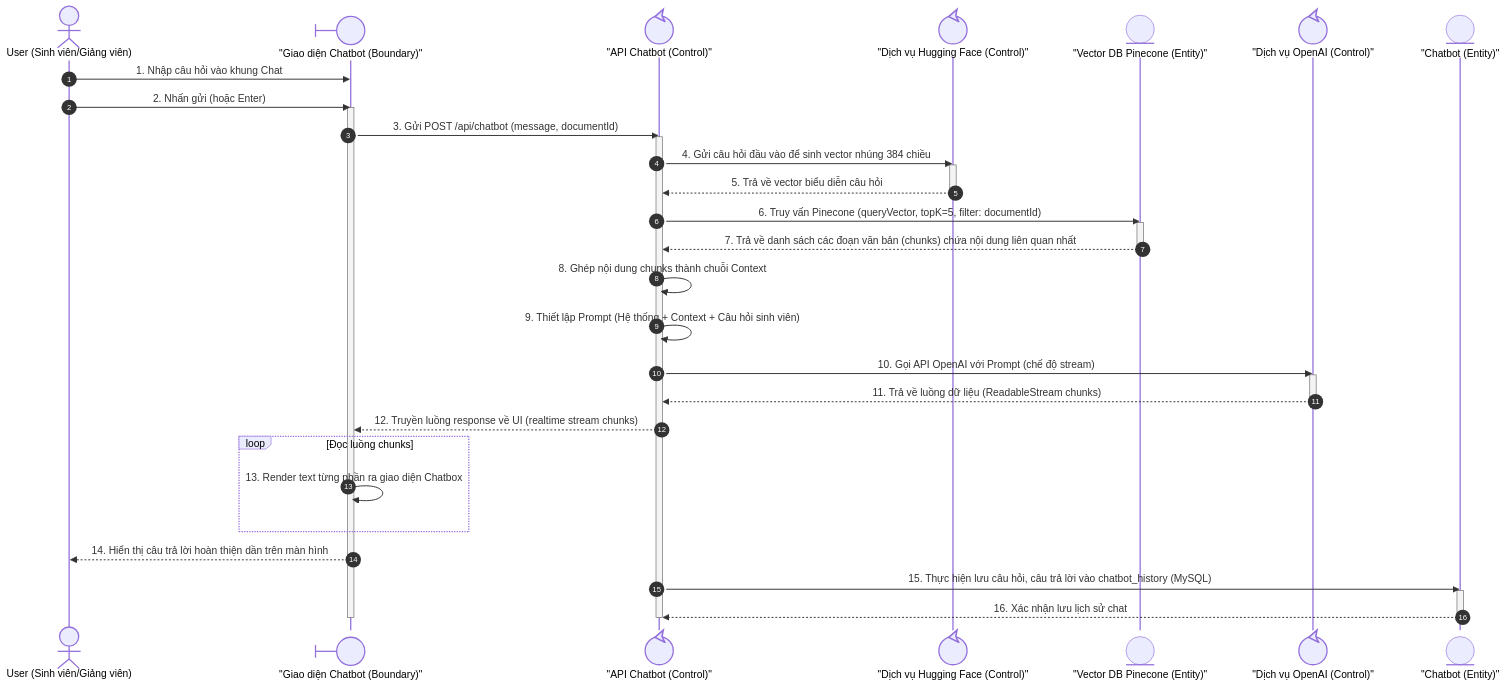
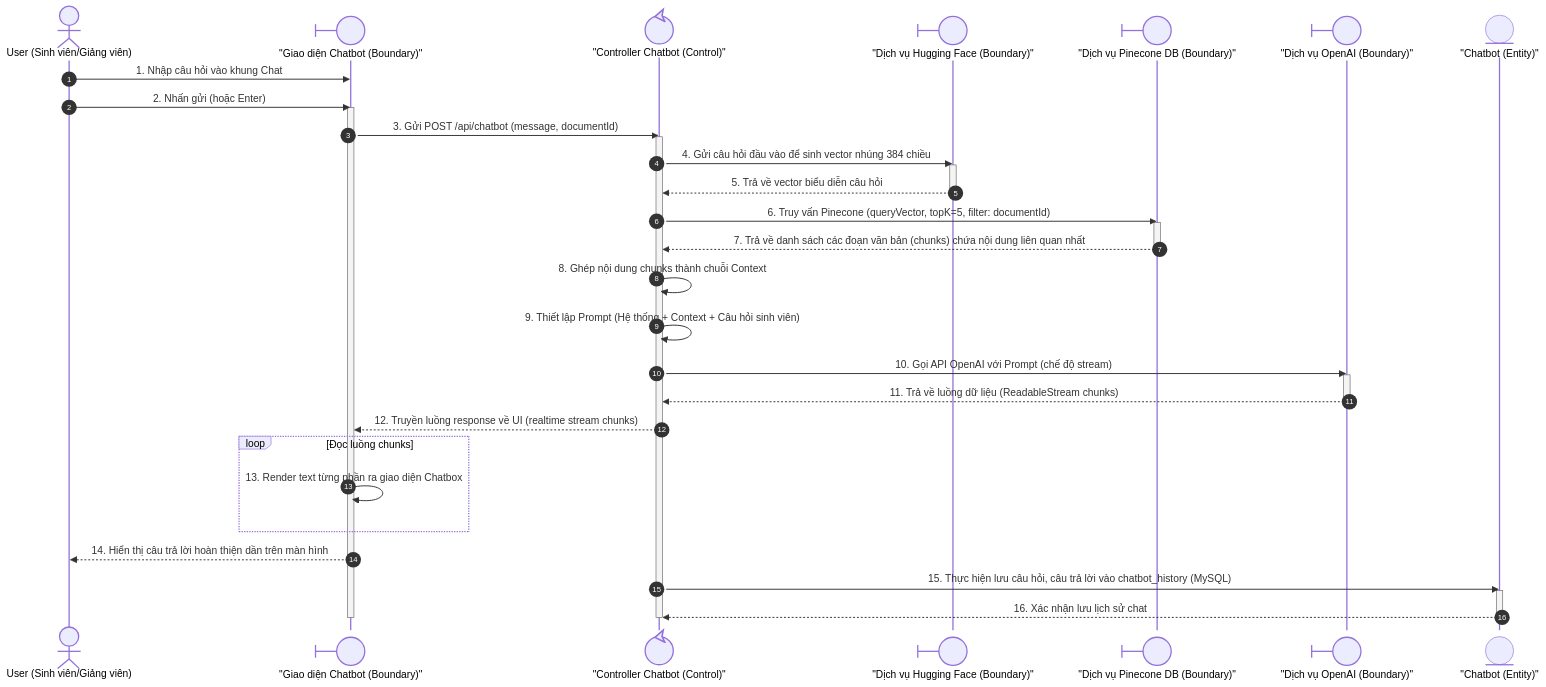
Before and after one commit to vietcuong2004/DATN_TLUDOC: the fourth of 13 diagrams in Cuong_Documents/BaoVeDoAn/Diagram/SequenceDiagrams.md, drawn with Mermaid. The commit also changed other lines of this file and 11 other files, not shown here.

````diff
--- a/Cuong_Documents/BaoVeDoAn/Diagram/SequenceDiagrams.md
+++ b/Cuong_Documents/BaoVeDoAn/Diagram/SequenceDiagrams.md
@@ -143,43 +143,43 @@
 ```mermaid
 sequenceDiagram
     autonumber
     actor User as User (Sinh viên/Giảng viên)
     participant UI@{ "type": "boundary" } as "Giao diện Chatbot (Boundary)"
-    participant Control@{ "type": "control" } as "API Chatbot (Control)"
-    participant HF@{ "type": "control" } as "Dịch vụ Hugging Face (Control)"
-    participant PC@{ "type": "entity" } as "Vector DB Pinecone (Entity)"
-    participant AI@{ "type": "control" } as "Dịch vụ OpenAI (Control)"
+    participant Control@{ "type": "control" } as "Controller Chatbot (Control)"
+    participant HF@{ "type": "boundary" } as "Dịch vụ Hugging Face (Boundary)"
+    participant PC@{ "type": "boundary" } as "Dịch vụ Pinecone DB (Boundary)"
+    participant AI@{ "type": "boundary" } as "Dịch vụ OpenAI (Boundary)"
     participant Entity@{ "type": "entity" } as "Chatbot (Entity)"
 
     User->>UI: 1. Nhập câu hỏi vào khung Chat
     User->>UI: 2. Nhấn gửi (hoặc Enter)
     activate UI
     UI->>Control: 3. Gửi POST /api/chatbot (message, documentId)
     activate Control
     Control->>HF: 4. Gửi câu hỏi đầu vào để sinh vector nhúng 384 chiều
     activate HF
     HF-->>Control: 5. Trả về vector biểu diễn câu hỏi
     deactivate HF
     Control->>PC: 6. Truy vấn Pinecone (queryVector, topK=5, filter: documentId)
     activate PC
     PC-->>Control: 7. Trả về danh sách các đoạn văn bản (chunks) chứa nội dung liên quan nhất
     deactivate PC
     Control->>Control: 8. Ghép nội dung chunks thành chuỗi Context
     Control->>Control: 9. Thiết lập Prompt (Hệ thống + Context + Câu hỏi sinh viên)
     Control->>AI: 10. Gọi API OpenAI với Prompt (chế độ stream)
     activate AI
     AI-->>Control: 11. Trả về luồng dữ liệu (ReadableStream chunks)
     deactivate AI
     Control-->>UI: 12. Truyền luồng response về UI (realtime stream chunks)
     loop Đọc luồng chunks
         UI->>UI: 13. Render text từng phần ra giao diện Chatbox
     end
     UI-->>User: 14. Hiển thị câu trả lời hoàn thiện dần trên màn hình
     
     Control->>Entity: 15. Thực hiện lưu câu hỏi, câu trả lời vào chatbot_history (MySQL)
     activate Entity
     Entity-->>Control: 16. Xác nhận lưu lịch sử chat
     deactivate Entity
     deactivate Control
     deactivate UI
 ```
````
